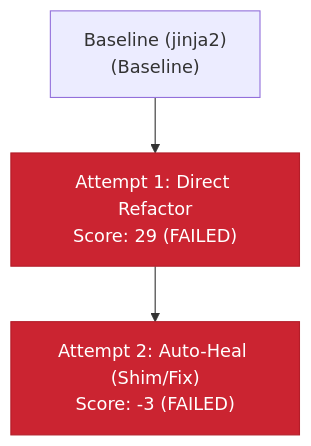
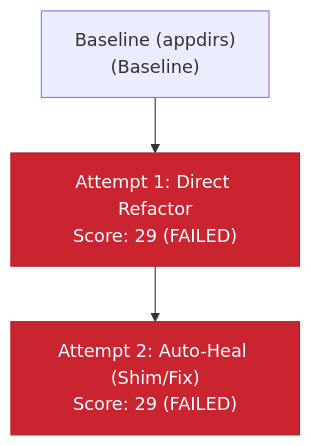
Before and after one commit to Aarya-2601/H26_Heckers_Kavach: the diagram in CAPSULE.md, drawn with Mermaid. The commit also changed other lines of this file and 13 other files, not shown here.

````diff
--- a/CAPSULE.md
+++ b/CAPSULE.md
@@ -16,12 +16,12 @@
 ```mermaid
 graph TD
-    node_0["Baseline (jinja2)<br/>(Baseline)"]
+    node_0["Baseline (appdirs)<br/>(Baseline)"]
     node_1["Attempt 1: Direct Refactor<br/>Score: 29 (FAILED)"]
     class node_1 failed;
     node_0 --> node_1
-    node_2["Attempt 2: Auto-Heal (Shim/Fix)<br/>Score: -3 (FAILED)"]
+    node_2["Attempt 2: Auto-Heal (Shim/Fix)<br/>Score: 29 (FAILED)"]
     class node_2 failed;
     node_1 --> node_2
     classDef passed fill:#2ea44f,stroke:#22863a,color:#fff;
     classDef failed fill:#cb2431,stroke:#b31d28,color:#fff;
 ```
````
